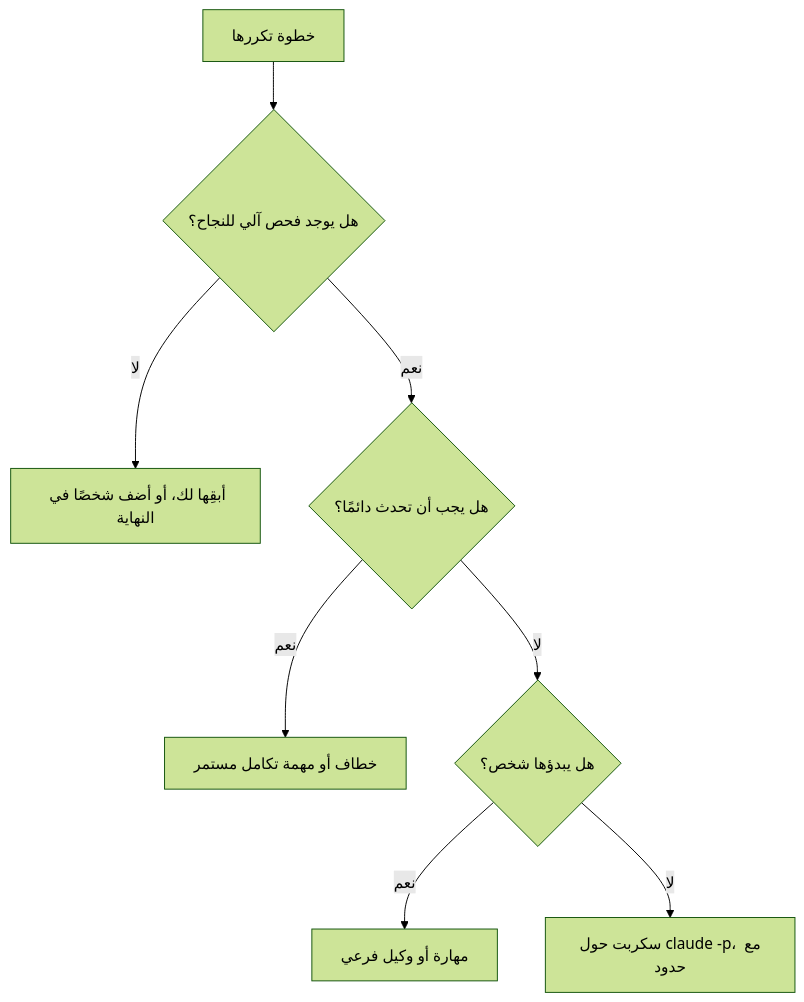
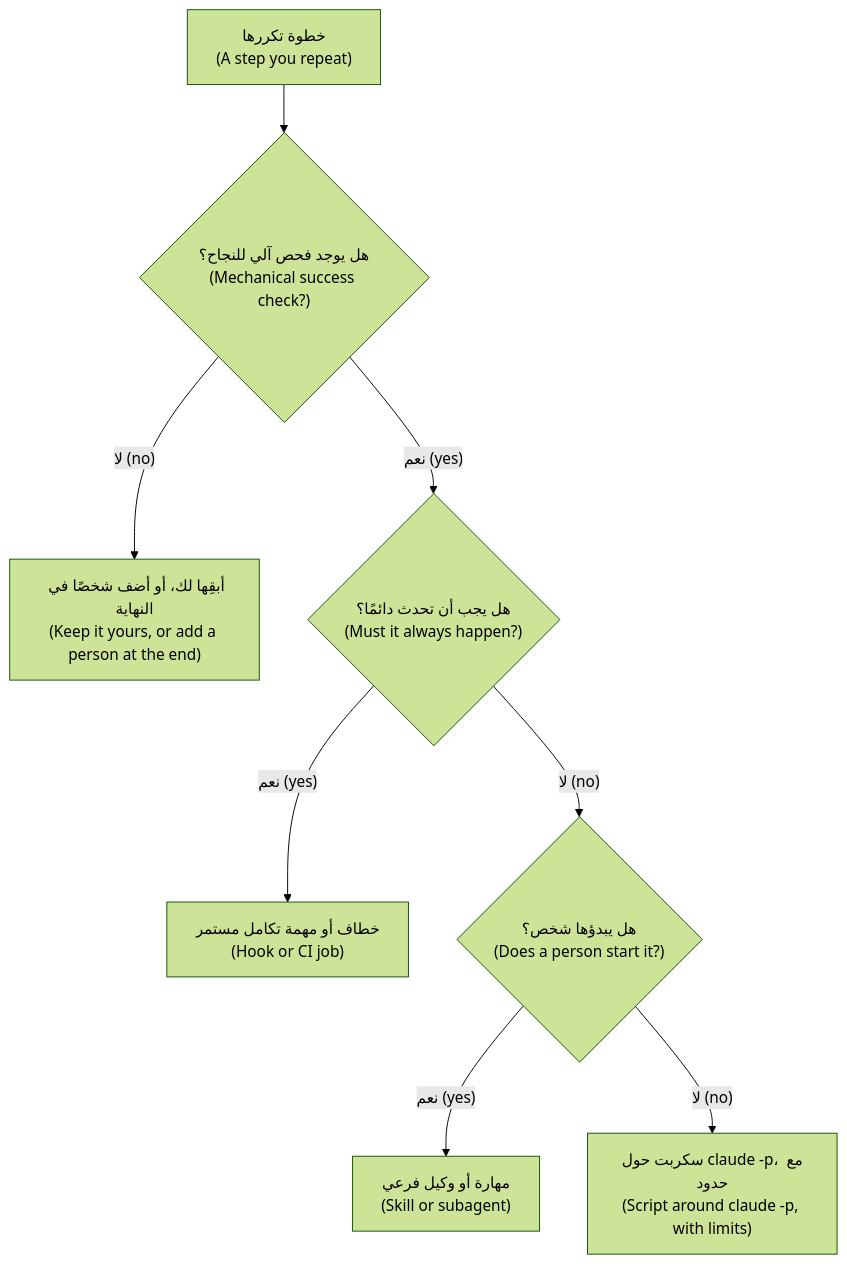
One commit to Tamoura/system-design-for-vibe-coders changed the diagram in ainative/modules/09-automate.ar.md. Above: the diagram before and after it, drawn with Mermaid (forest theme). The commit also changed 83 other files, not shown here.

First line of the commit message:
AI-native engineer course: Arabic diagrams right-to-left with English glosses

````diff
--- a/ainative/modules/09-automate.ar.md
+++ b/ainative/modules/09-automate.ar.md
@@ -39,10 +39,10 @@
 ```mermaid
 flowchart TD
-    A["خطوة تكررها"] --> B{"هل يوجد فحص آلي للنجاح؟"}
-    B -->|"لا"| C["أبقِها لك، أو أضف شخصًا في النهاية"]
-    B -->|"نعم"| D{"هل يجب أن تحدث دائمًا؟"}
-    D -->|"نعم"| E["خطاف أو مهمة تكامل مستمر"]
-    D -->|"لا"| F{"هل يبدؤها شخص؟"}
-    F -->|"نعم"| G["مهارة أو وكيل فرعي"]
-    F -->|"لا"| H["سكربت حول claude -p، مع حدود"]
+    A["خطوة تكررها<br/>(A step you repeat)"] --> B{"هل يوجد فحص آلي للنجاح؟<br/>(Mechanical success check?)"}
+    B -->|"لا (no)"| C["أبقِها لك، أو أضف شخصًا في النهاية<br/>(Keep it yours, or add a person at the end)"]
+    B -->|"نعم (yes)"| D{"هل يجب أن تحدث دائمًا؟<br/>(Must it always happen?)"}
+    D -->|"نعم (yes)"| E["خطاف أو مهمة تكامل مستمر<br/>(Hook or CI job)"]
+    D -->|"لا (no)"| F{"هل يبدؤها شخص؟<br/>(Does a person start it?)"}
+    F -->|"نعم (yes)"| G["مهارة أو وكيل فرعي<br/>(Skill or subagent)"]
+    F -->|"لا (no)"| H["سكربت حول claude -p، مع حدود<br/>(Script around claude -p, with limits)"]
 ```
````
